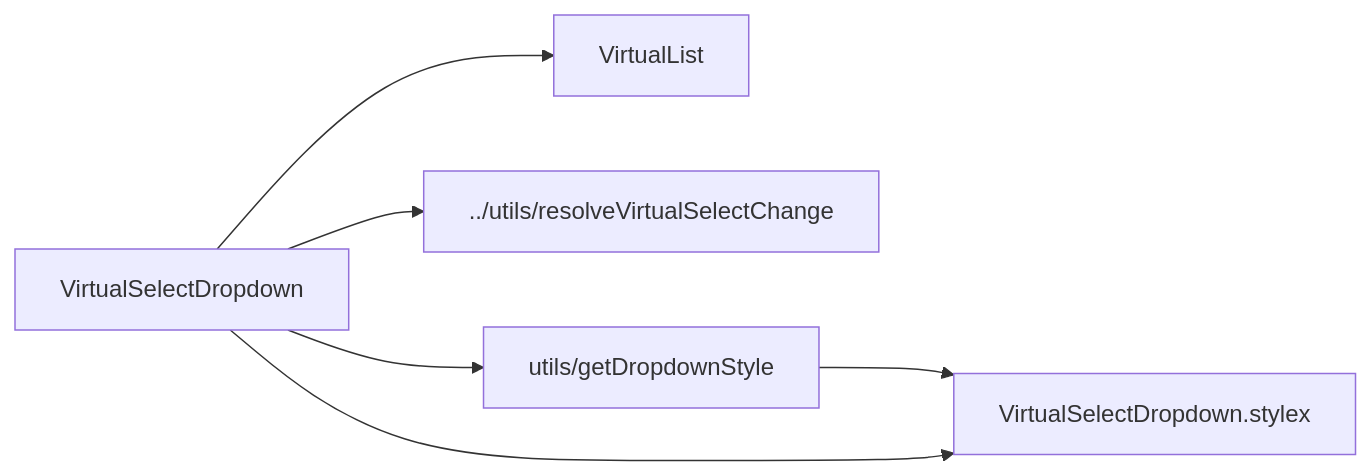
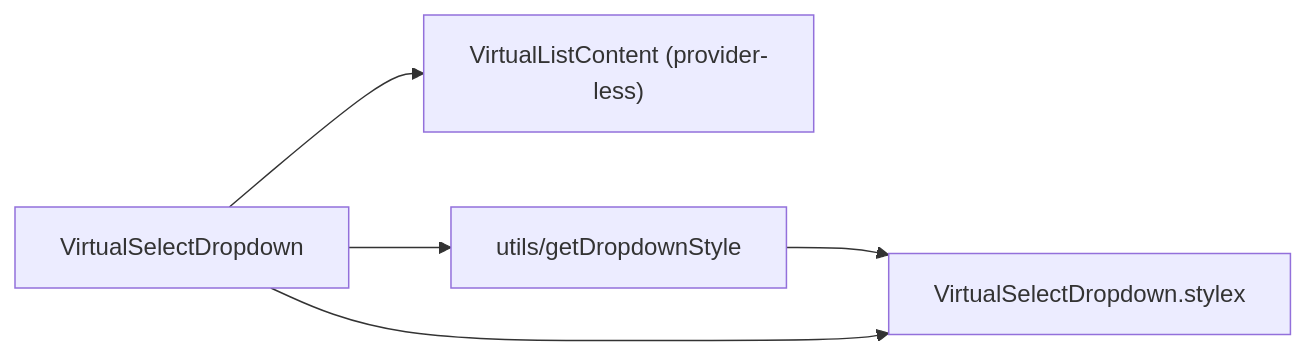
The diagram in packages/ui/src/components/VirtualSelect/VirtualSelectDropdown/ARCHITECTURE.md (luciocabrera/lcabrera-stack), drawn with Mermaid before and after one commit. The commit also changed other lines of this file and 30 other files, not shown here.

First line of the commit message:
refactor(VirtualSelect): decouple dropdown and header from selection logic

````diff
--- a/packages/ui/src/components/VirtualSelect/VirtualSelectDropdown/ARCHITECTURE.md
+++ b/packages/ui/src/components/VirtualSelect/VirtualSelectDropdown/ARCHITECTURE.md
@@ -22,8 +22,7 @@
 ```mermaid
 graph LR
-  VSD["VirtualSelectDropdown"] --> VL["VirtualList"]
-  VSD --> RVSC["../utils/resolveVirtualSelectChange"]
+  VSD["VirtualSelectDropdown"] --> VLC["VirtualListContent (provider-less)"]
   VSD --> GDS["utils/getDropdownStyle"]
   GDS --> VSD_stylex["VirtualSelectDropdown.stylex"]
   VSD --> VSD_stylex
 ```
````
